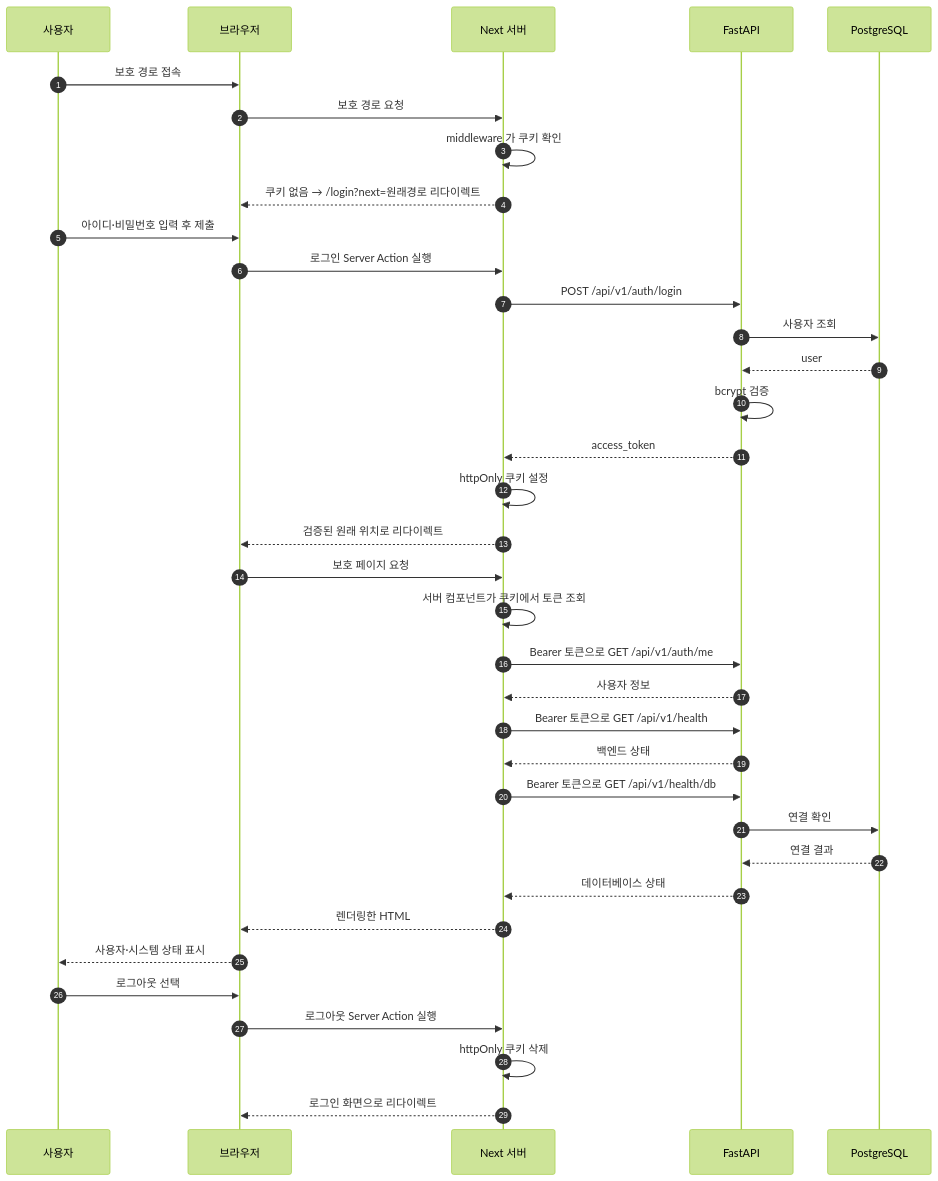
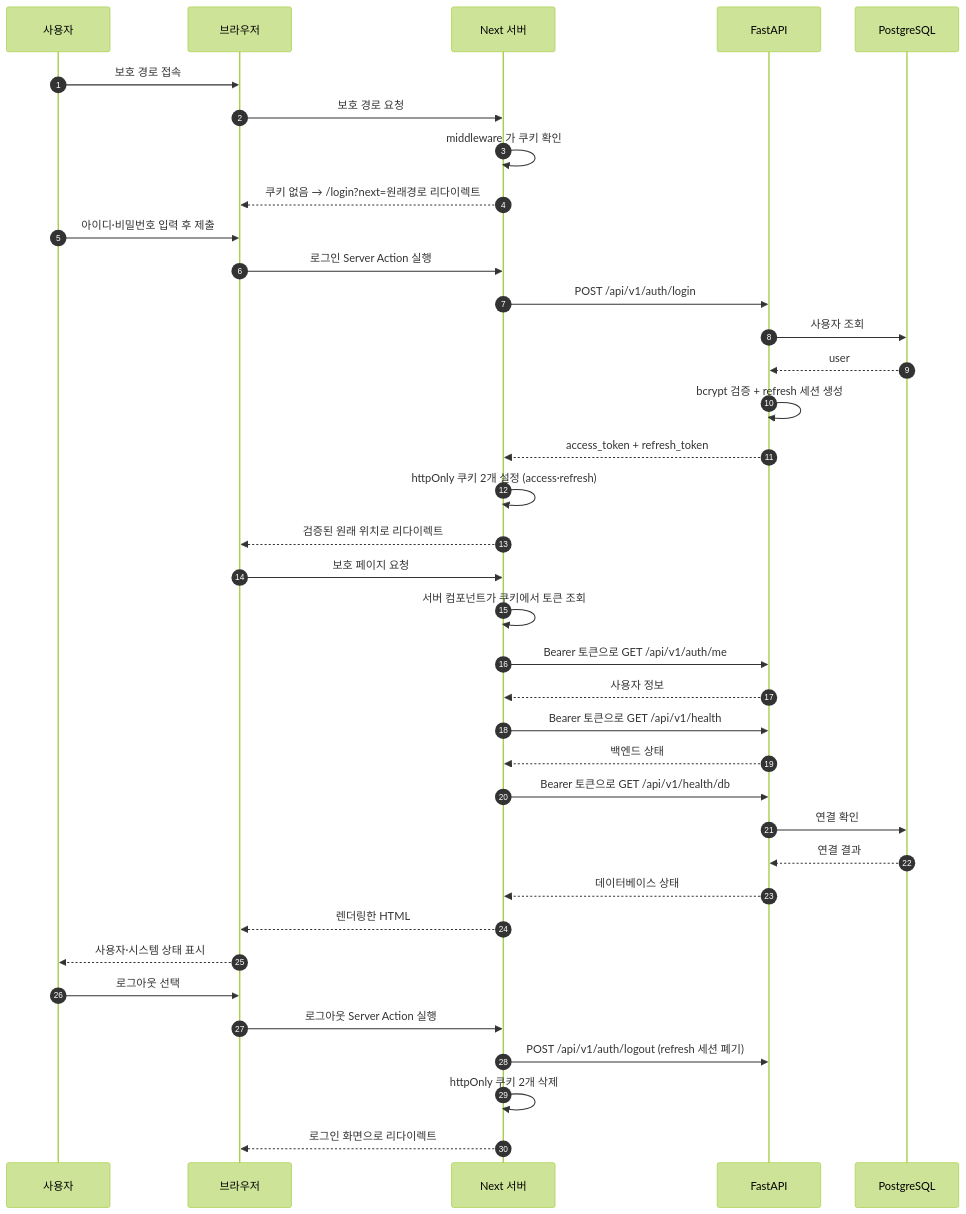
One commit to al8bright/fastapi-nextjs-pg-starter changed the third of 4 diagrams in README.md. Above: the diagram before and after it, drawn with Mermaid (forest theme). The commit also changed other lines of this file and 8 other files, not shown here.

````diff
--- a/README.md
+++ b/README.md
@@ -100,39 +103,40 @@
 ```mermaid
 sequenceDiagram
     autonumber
     participant U as 사용자
     participant B as 브라우저
     participant N as Next 서버
     participant A as FastAPI
     participant D as PostgreSQL
 
     U->>B: 보호 경로 접속
     B->>N: 보호 경로 요청
     N->>N: middleware 가 쿠키 확인
     N-->>B: 쿠키 없음 → /login?next=원래경로 리다이렉트
     U->>B: 아이디·비밀번호 입력 후 제출
     B->>N: 로그인 Server Action 실행
     N->>A: POST /api/v1/auth/login
     A->>D: 사용자 조회
     D-->>A: user
-    A->>A: bcrypt 검증
-    A-->>N: access_token
-    N->>N: httpOnly 쿠키 설정
+    A->>A: bcrypt 검증 + refresh 세션 생성
+    A-->>N: access_token + refresh_token
+    N->>N: httpOnly 쿠키 2개 설정 (access·refresh)
     N-->>B: 검증된 원래 위치로 리다이렉트
     B->>N: 보호 페이지 요청
     N->>N: 서버 컴포넌트가 쿠키에서 토큰 조회
     N->>A: Bearer 토큰으로 GET /api/v1/auth/me
     A-->>N: 사용자 정보
     N->>A: Bearer 토큰으로 GET /api/v1/health
     A-->>N: 백엔드 상태
     N->>A: Bearer 토큰으로 GET /api/v1/health/db
     A->>D: 연결 확인
     D-->>A: 연결 결과
     A-->>N: 데이터베이스 상태
     N-->>B: 렌더링한 HTML
     B-->>U: 사용자·시스템 상태 표시
     U->>B: 로그아웃 선택
     B->>N: 로그아웃 Server Action 실행
-    N->>N: httpOnly 쿠키 삭제
+    N->>A: POST /api/v1/auth/logout (refresh 세션 폐기)
+    N->>N: httpOnly 쿠키 2개 삭제
     N-->>B: 로그인 화면으로 리다이렉트
 ```
````
